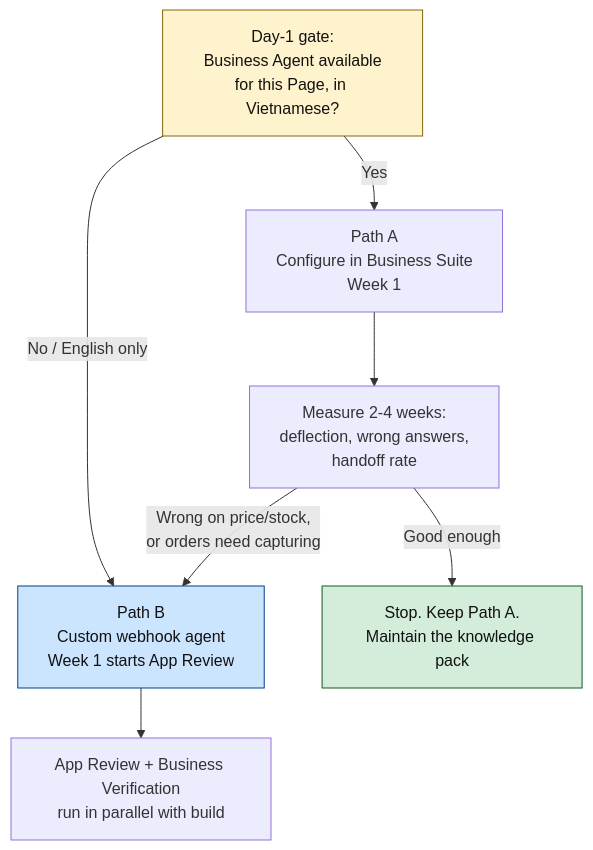
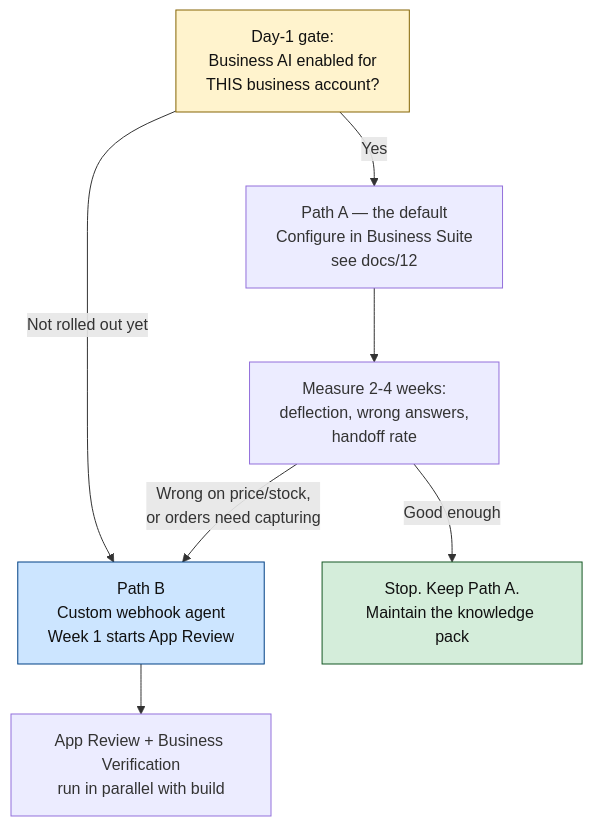
Before and after one commit to duongwinter-79/lavabo-extract-agent: the first of 6 diagrams in docs/11-facebook-reply-agent.md, drawn with Mermaid. The commit also changed other lines of this file and 2 other files, not shown here.

First line of the commit message:
Draft step 1: turn Business AI on without letting it quote a price

````diff
--- a/docs/11-facebook-reply-agent.md
+++ b/docs/11-facebook-reply-agent.md
@@ -72,14 +76,14 @@
 ```mermaid
 flowchart TD
-    G["Day-1 gate:<br/>Business Agent available<br/>for this Page, in Vietnamese?"]
-    G -->|Yes| A["Path A<br/>Configure in Business Suite<br/>Week 1"]
-    G -->|"No / English only"| B["Path B<br/>Custom webhook agent<br/>Week 1 starts App Review"]
+    G["Day-1 gate:<br/>Business AI enabled for<br/>THIS business account?"]
+    G -->|Yes| A["Path A — the default<br/>Configure in Business Suite<br/>see docs/12"]
+    G -->|"Not rolled out yet"| B["Path B<br/>Custom webhook agent<br/>Week 1 starts App Review"]
     A --> M["Measure 2-4 weeks:<br/>deflection, wrong answers,<br/>handoff rate"]
     M -->|"Good enough"| S["Stop. Keep Path A.<br/>Maintain the knowledge pack"]
     M -->|"Wrong on price/stock,<br/>or orders need capturing"| B
     B --> R["App Review + Business Verification<br/>run in parallel with build"]
 
     style G fill:#fff3cd,stroke:#856404,color:#111
     style S fill:#d4edda,stroke:#155724,color:#111
     style B fill:#cce5ff,stroke:#004085,color:#111
 ```
````
